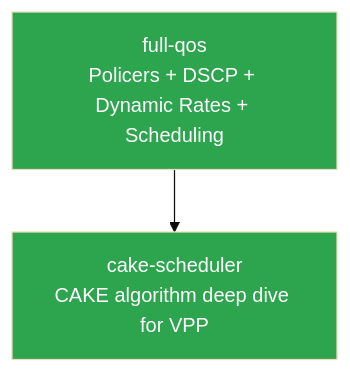
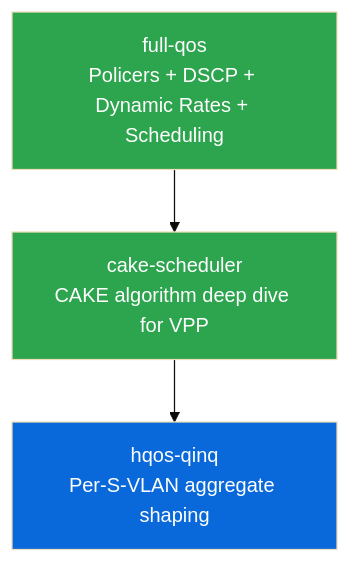
One commit to veesix-networks/osvbng-vpp changed the diagram in context/SUMMARY.md. Above: the diagram before and after it, drawn with Mermaid (base theme). The commit also changed other lines of this file and 3 other files, not shown here.

````diff
--- a/context/SUMMARY.md
+++ b/context/SUMMARY.md
@@ -22,10 +23,13 @@
 ```mermaid
 graph TD
     FQ[full-qos<br/>Policers + DSCP + Dynamic Rates + Scheduling]
     CS[cake-scheduler<br/>CAKE algorithm deep dive for VPP]
+    HQ[hqos-qinq<br/>Per-S-VLAN aggregate shaping]
 
     FQ --> CS
+    CS --> HQ
 
     style FQ fill:#2da44e,color:#fff
     style CS fill:#2da44e,color:#fff
+    style HQ fill:#0969da,color:#fff
 ```
````
